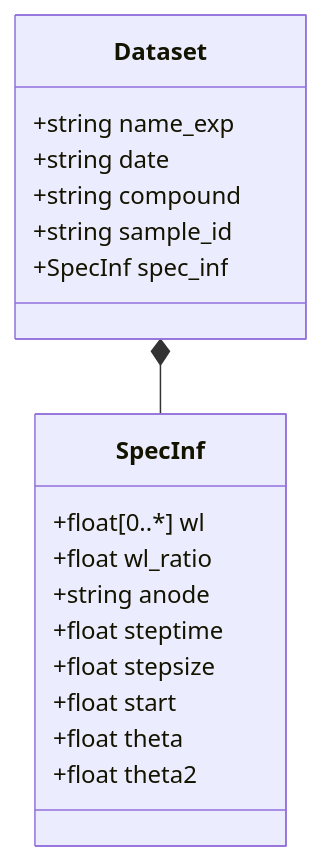
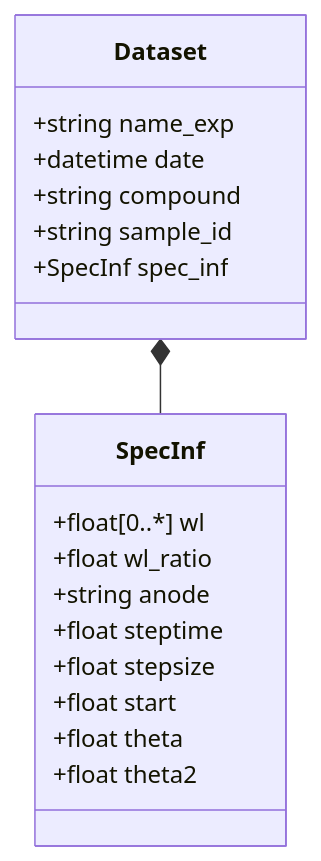
Before and after one commit to FAIRChemistry/XRD_showcase: the diagram in DatamodelExample/schemes/Example for XRD data.md, drawn with Mermaid. The commit also changed 2 other files, not shown here.

Commit message:
API update

````diff
--- a/DatamodelExample/schemes/Example for XRD data.md
+++ b/DatamodelExample/schemes/Example for XRD data.md
@@ -1,24 +1,24 @@
 ```mermaid
 classDiagram
     Dataset *-- SpecInf
     
     class Dataset {
         +string name_exp
-        +string date
+        +datetime date
         +string compound
         +string sample_id
         +SpecInf spec_inf
     }
     
     class SpecInf {
         +float[0..*] wl
         +float wl_ratio
         +string anode
         +float steptime
         +float stepsize
         +float start
         +float theta
         +float theta2
     }
     
 ```
````
